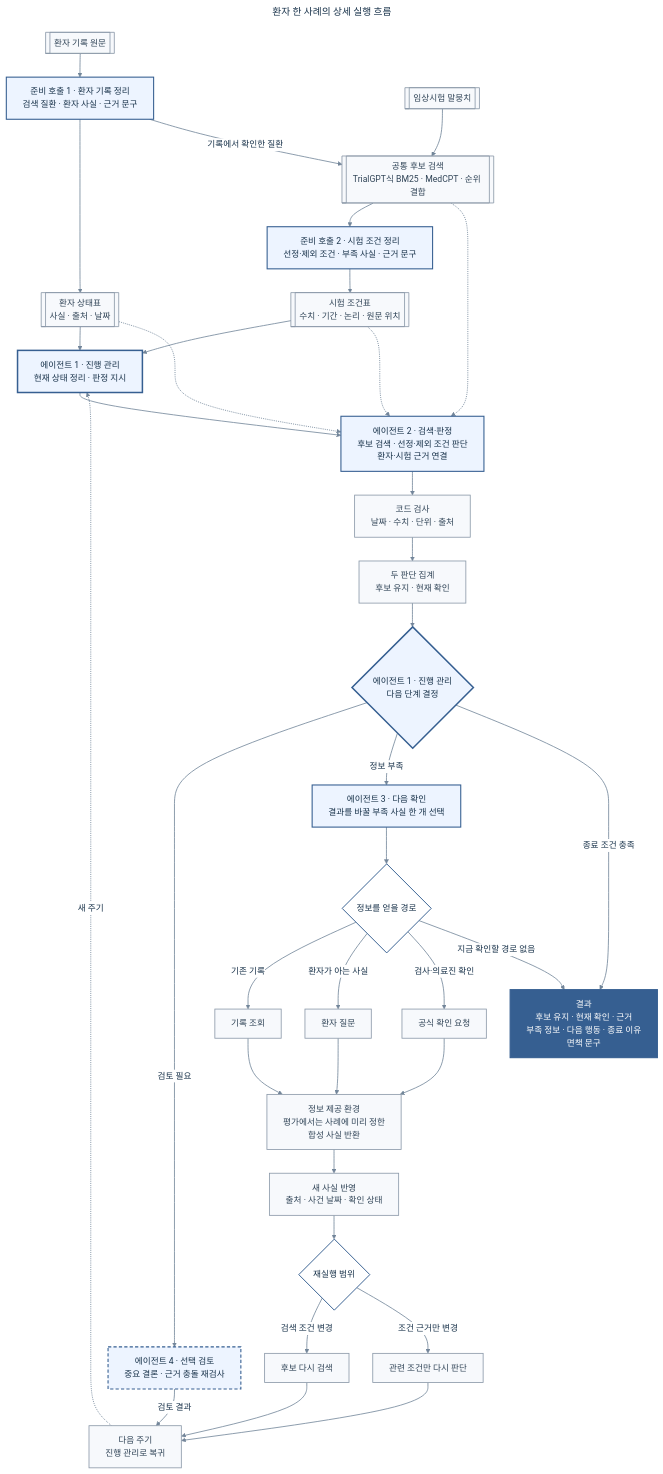
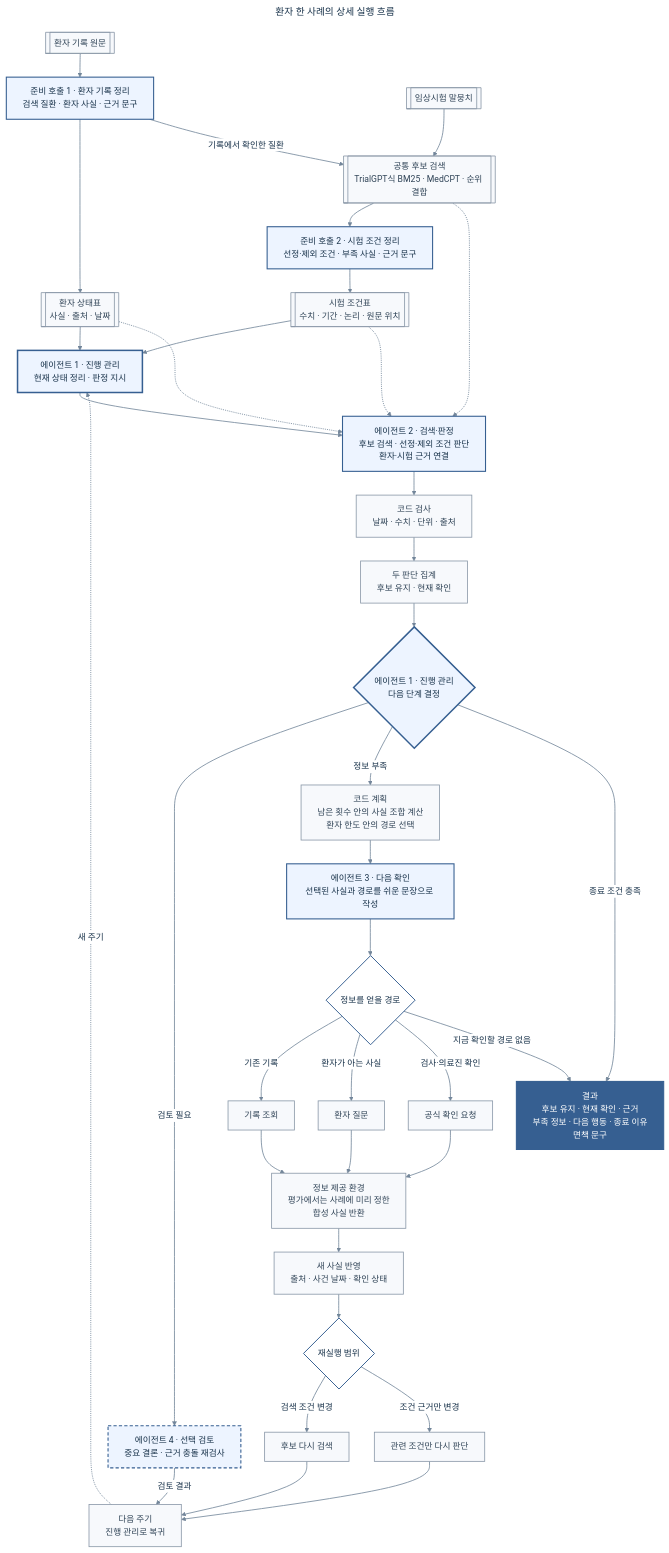
Before and after one commit to health-agent/Clarifytrial: the diagram in docs/internal/diagrams/clarifytrial-detailed-workflow.mmd, drawn with Mermaid. The commit also changed 39 other files, not shown here.

```diff
--- a/docs/internal/diagrams/clarifytrial-detailed-workflow.mmd
+++ b/docs/internal/diagrams/clarifytrial-detailed-workflow.mmd
@@ -1,97 +1,99 @@
 ---
 title: 환자 한 사례의 상세 실행 흐름
 config:
   theme: base
   flowchart:
     curve: basis
     nodeSpacing: 44
     rankSpacing: 44
     wrappingWidth: 250
   themeVariables:
     background: '#ffffff'
     primaryTextColor: '#18324a'
     lineColor: '#73869a'
     edgeLabelBackground: '#ffffff'
     fontFamily: 'Pretendard, Noto Sans KR, Malgun Gothic, sans-serif'
 ---
 flowchart TB
     PR[["환자 기록 원문"]]
     PS["준비 호출 1 · 환자 기록 정리<br/>검색 질환 · 환자 사실 · 근거 문구"]
     P[["환자 상태표<br/>사실 · 출처 · 날짜"]]
     TC[["임상시험 말뭉치"]]
     R[["공통 후보 검색<br/>TrialGPT식 BM25 · MedCPT · 순위 결합"]]
     TS["준비 호출 2 · 시험 조건 정리<br/>선정·제외 조건 · 부족 사실 · 근거 문구"]
     T[["시험 조건표<br/>수치 · 기간 · 논리 · 원문 위치"]]
 
     A1S["에이전트 1 · 진행 관리<br/>현재 상태 정리 · 판정 지시"]
     A2["에이전트 2 · 검색·판정<br/>후보 검색 · 선정·제외 조건 판단<br/>환자·시험 근거 연결"]
     C1["코드 검사<br/>날짜 · 수치 · 단위 · 출처"]
     C2["두 판단 집계<br/>후보 유지 · 현재 확인"]
     A1D{"에이전트 1 · 진행 관리<br/>다음 단계 결정"}
 
     A4["에이전트 4 · 선택 검토<br/>중요 결론 · 근거 충돌 재검사"]
-    A3["에이전트 3 · 다음 확인<br/>결과를 바꿀 부족 사실 한 개 선택"]
+    C3["코드 계획<br/>남은 횟수 안의 사실 조합 계산<br/>환자 한도 안의 경로 선택"]
+    A3["에이전트 3 · 다음 확인<br/>선택된 사실과 경로를 쉬운 문장으로 작성"]
     G{"정보를 얻을 경로"}
     L["기록 조회"]
     Q["환자 질문"]
     V["공식 확인 요청"]
     H["정보 제공 환경<br/>평가에서는 사례에 미리 정한<br/>합성 사실 반환"]
     N["새 사실 반영<br/>출처 · 사건 날짜 · 확인 상태"]
     S{"재실행 범위"}
     S1["후보 다시 검색"]
     S2["관련 조건만 다시 판단"]
     M["다음 주기<br/>진행 관리로 복귀"]
     O["결과<br/>후보 유지 · 현재 확인 · 근거<br/>부족 정보 · 다음 행동 · 종료 이유<br/>면책 문구"]
 
     PR --> PS
     PS --> P
     PS -->|기록에서 확인한 질환| R
     TC --> R
     R --> TS
     TS --> T
     T --> A1S
     P --> A1S
     A1S --> A2
     T -.-> A2
     P -.-> A2
     R -.-> A2
     A2 --> C1
     C1 --> C2
     C2 --> A1D
 
     A1D -->|검토 필요| A4
     A4 -->|검토 결과| M
-    A1D -->|정보 부족| A3
+    A1D -->|정보 부족| C3
+    C3 --> A3
     A3 --> G
     G -->|기존 기록| L
     G -->|환자가 아는 사실| Q
     G -->|검사·의료진 확인| V
     L --> H
     Q --> H
     V --> H
     H --> N
     N --> S
     S -->|검색 조건 변경| S1
     S -->|조건 근거만 변경| S2
     S1 --> M
     S2 --> M
     M -.->|새 주기| A1S
 
     A1D -->|종료 조건 충족| O
     G -->|지금 확인할 경로 없음| O
 
     classDef lead fill:#edf4ff,stroke:#365f91,stroke-width:2.8px,color:#18324a;
     classDef agent fill:#edf4ff,stroke:#365f91,stroke-width:2px,color:#18324a;
     classDef optional fill:#edf4ff,stroke:#365f91,stroke-width:2px,stroke-dasharray:6 4,color:#18324a;
     classDef shared fill:#f7f9fc,stroke:#8a98a8,stroke-width:1.5px,color:#304457;
     classDef decision fill:#ffffff,stroke:#365f91,stroke-width:1.8px,color:#18324a;
     classDef output fill:#365f91,stroke:#365f91,stroke-width:2px,color:#ffffff;
 
     class A1S,A1D lead;
     class PS,TS,A2,A3 agent;
     class A4 optional;
-    class PR,P,TC,R,T,C1,C2,L,Q,V,H,N,S1,S2,M shared;
+    class PR,P,TC,R,T,C1,C2,C3,L,Q,V,H,N,S1,S2,M shared;
     class G,S decision;
     class O output;
 
     linkStyle default stroke:#73869a,stroke-width:1.5px;
```
